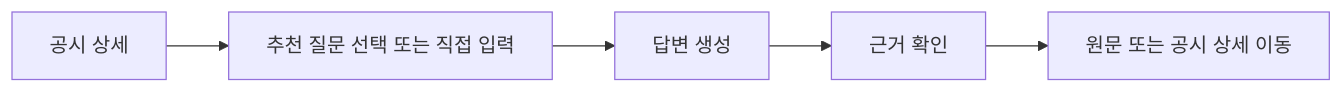
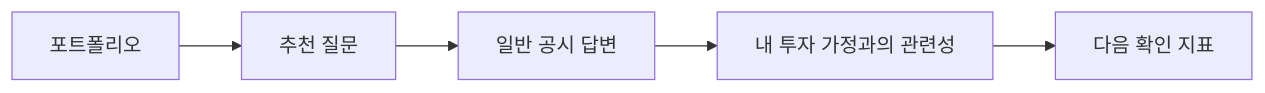
One commit to portfolio-disclosure-guardian/foliolens-server changed the eighth of 8 diagrams in docs/IA.md. Above: the diagram before and after it, drawn with Mermaid. The commit also changed other lines of this file and 11 other files, not shown here.

````diff
--- a/docs/IA.md
+++ b/docs/IA.md
@@ -715,7 +1001,7 @@
 ```mermaid
 flowchart LR
-    A["공시 상세"] --> B["추천 질문 선택 또는 직접 입력"]
-    B --> C["답변 생성"]
-    C --> D["근거 확인"]
-    D --> E["원문 또는 공시 상세 이동"]
+    A["포트폴리오"] --> B["추천 질문"]
+    B --> C["일반 공시 답변"]
+    C --> D["내 투자 가정과의 관련성"]
+    D --> E["다음 확인 지표"]
 ```
````
